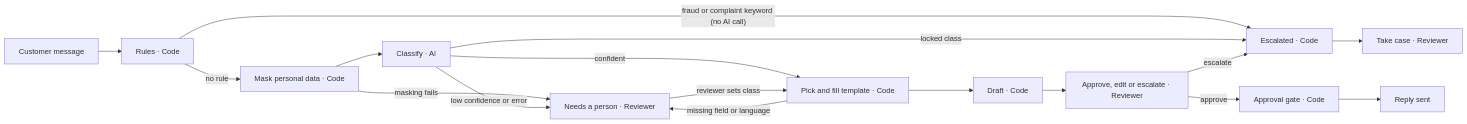
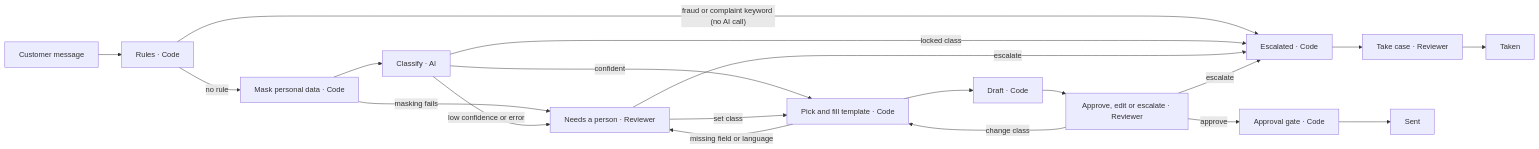
The diagram in README.md (azizmdj/ai_support_agent), drawn with Mermaid before and after one commit. The commit also changed 9 other files, not shown here.

````diff
--- a/README.md
+++ b/README.md
@@ -25,17 +25,19 @@
 ```mermaid
 flowchart LR
   M[Customer message] --> R["Rules · Code"]
   R -- "fraud or complaint keyword (no AI call)" --> E["Escalated · Code"]
   R -- no rule --> P["Mask personal data · Code"] --> C["Classify · AI"]
   P -- masking fails --> N["Needs a person · Reviewer"]
   C -- locked class --> E
   C -- "low confidence or error" --> N
   C -- confident --> T["Pick and fill template · Code"]
-  N -- reviewer sets class --> T
+  N -- set class --> T
+  N -- escalate --> E
   T -- "missing field or language" --> N
   T --> D["Draft · Code"]
   D --> V["Approve, edit or escalate · Reviewer"]
   V -- escalate --> E
-  E --> K["Take case · Reviewer"]
-  V -- approve --> G["Approval gate · Code"] --> S[Reply sent]
+  V -- change class --> T
+  E --> K["Take case · Reviewer"] --> X[Taken]
+  V -- approve --> G["Approval gate · Code"] --> S[Sent]
 ```
````
